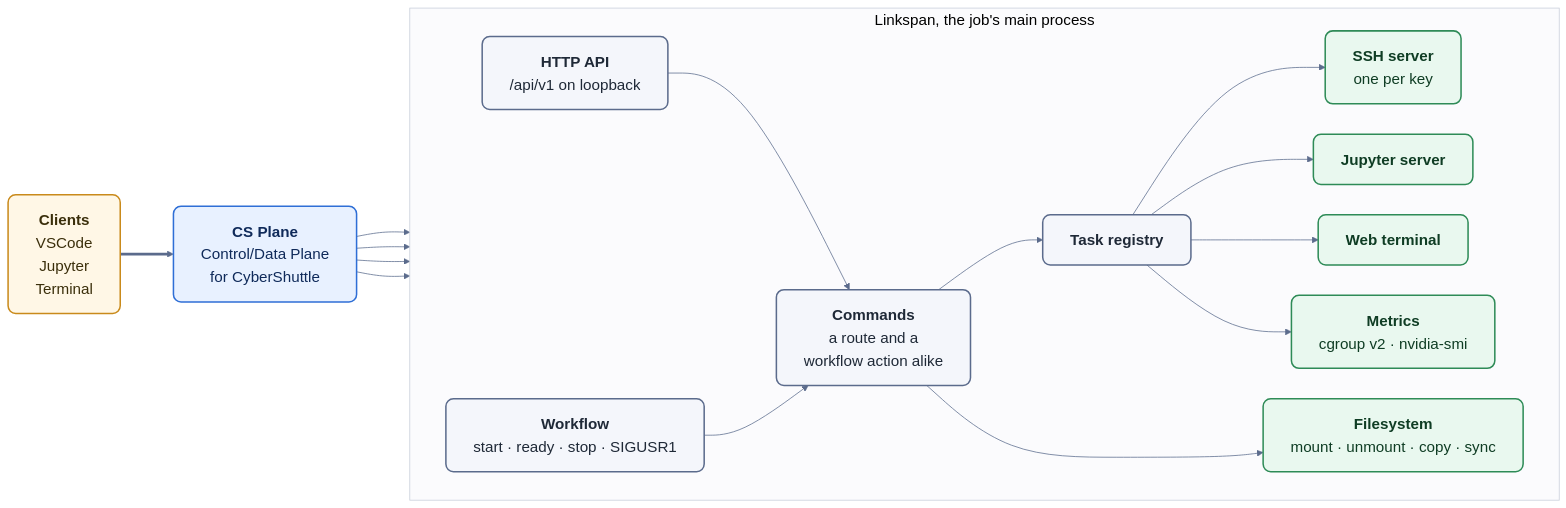
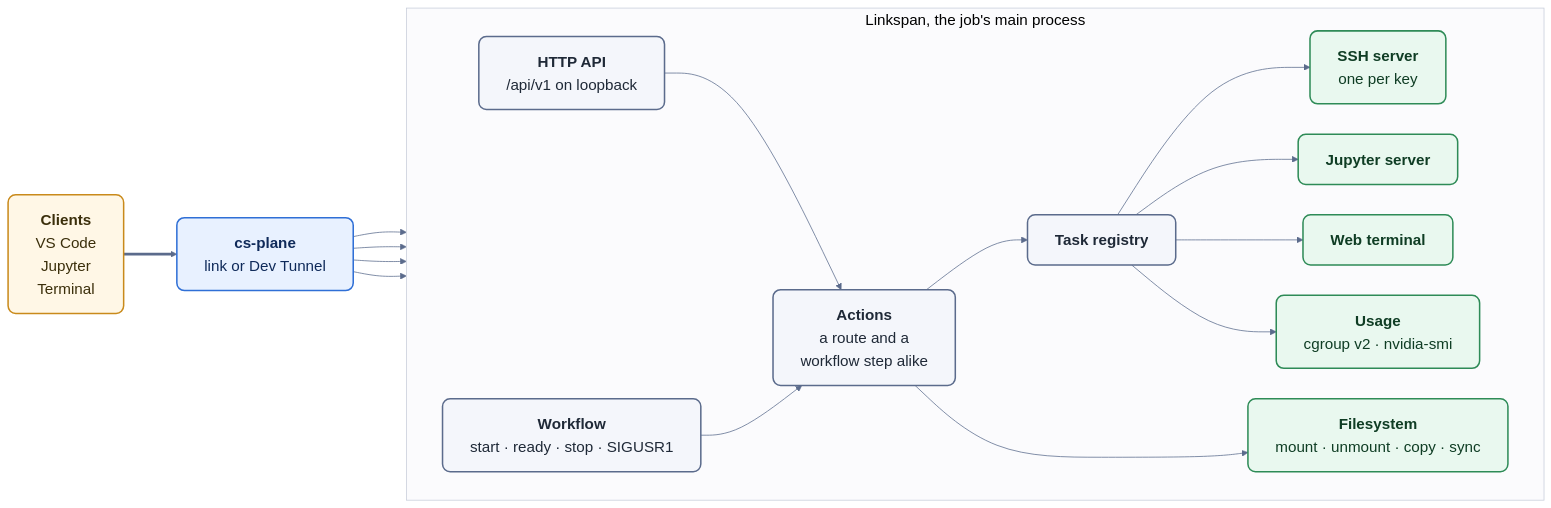
One commit to cyber-shuttle/linkspan changed the diagram in docs/assets/architecture.mmd. Above: the diagram before and after it, drawn with Mermaid. The commit also changed 38 other files, not shown here.

```diff
--- a/docs/assets/architecture.mmd
+++ b/docs/assets/architecture.mmd
@@ -1,38 +1,38 @@
 %%{init: {"theme": "base", "flowchart": {"curve": "basis", "nodeSpacing": 40, "rankSpacing": 70, "padding": 18, "wrappingWidth": 320},
   "themeVariables": {"fontFamily": "Helvetica", "fontSize": "20px",
   "primaryColor": "#f4f6fb", "primaryBorderColor": "#5b6b8c", "primaryTextColor": "#1f2937",
   "lineColor": "#5b6b8c", "clusterBkg": "#fbfbfd", "clusterBorder": "#c7cdd9", "edgeLabelBackground": "#ffffff"}}}%%
 flowchart LR
     classDef outside fill:#fff7e6,stroke:#c98a1b,stroke-width:2px,color:#3b2f0b,rx:10,ry:10
     classDef entry fill:#e8f1ff,stroke:#2f6fd6,stroke-width:2px,color:#0f2a5a,rx:10,ry:10
     classDef core fill:#f4f6fb,stroke:#5b6b8c,stroke-width:2px,color:#1f2937,rx:10,ry:10
     classDef server fill:#e9f8ef,stroke:#2e8b57,stroke-width:2px,color:#0f3d24,rx:10,ry:10
 
-    clients["<b>Clients</b><br/>VSCode<br/>Jupyter<br/>Terminal"]:::outside
-    relay["<b>CS Plane</b><br/>Control/Data Plane<br/>for CyberShuttle"]:::entry
+    clients["<b>Clients</b><br/>VS Code<br/>Jupyter<br/>Terminal"]:::outside
+    plane["<b>cs-plane</b><br/>link or Dev Tunnel"]:::entry
     subgraph ls[" Linkspan, the job's main process "]
         direction LR
         api["<b>HTTP API</b><br/>/api/v1 on loopback"]:::core
         wf["<b>Workflow</b><br/>start · ready · stop · SIGUSR1"]:::core
-        cmd["<b>Commands</b><br/>a route and a<br/>workflow action alike"]:::core
+        act["<b>Actions</b><br/>a route and a<br/>workflow step alike"]:::core
         reg["<b>Task registry</b>"]:::core
         sshd["<b>SSH server</b><br/>one per key"]:::server
         jup["<b>Jupyter server</b>"]:::server
         ttyd["<b>Web terminal</b>"]:::server
-        met["<b>Metrics</b><br/>cgroup v2 · nvidia-smi"]:::server
+        met["<b>Usage</b><br/>cgroup v2 · nvidia-smi"]:::server
         fs["<b>Filesystem</b><br/>mount · unmount · copy · sync"]:::server
-        api --> cmd
-        wf --> cmd
-        cmd --> reg
+        api --> act
+        wf --> act
+        act --> reg
         reg --> sshd
         reg --> jup
         reg --> ttyd
         reg --> met
-        cmd --> fs
+        act --> fs
         reg ~~~ fs
     end
-    clients ==> relay
-    relay --> api
-    relay --> sshd
-    relay --> jup
-    relay --> ttyd
+    clients ==> plane
+    plane --> api
+    plane --> sshd
+    plane --> jup
+    plane --> ttyd
```
